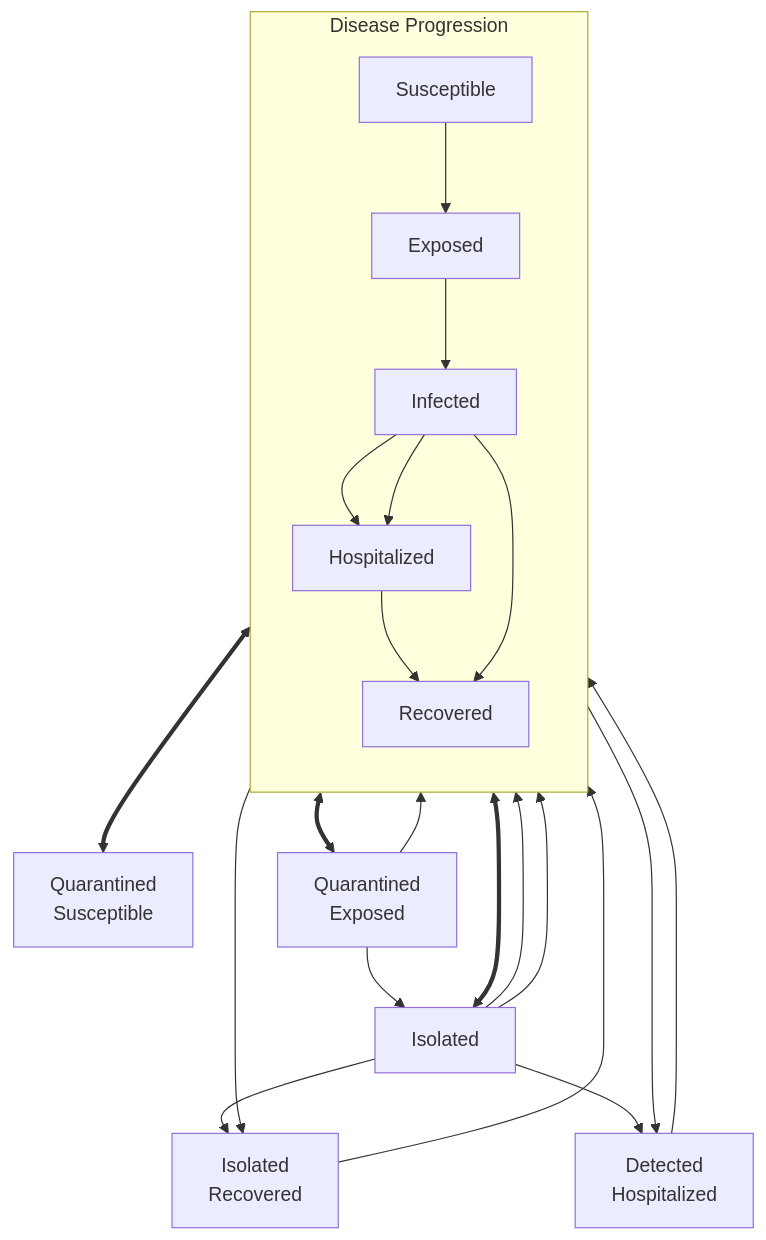
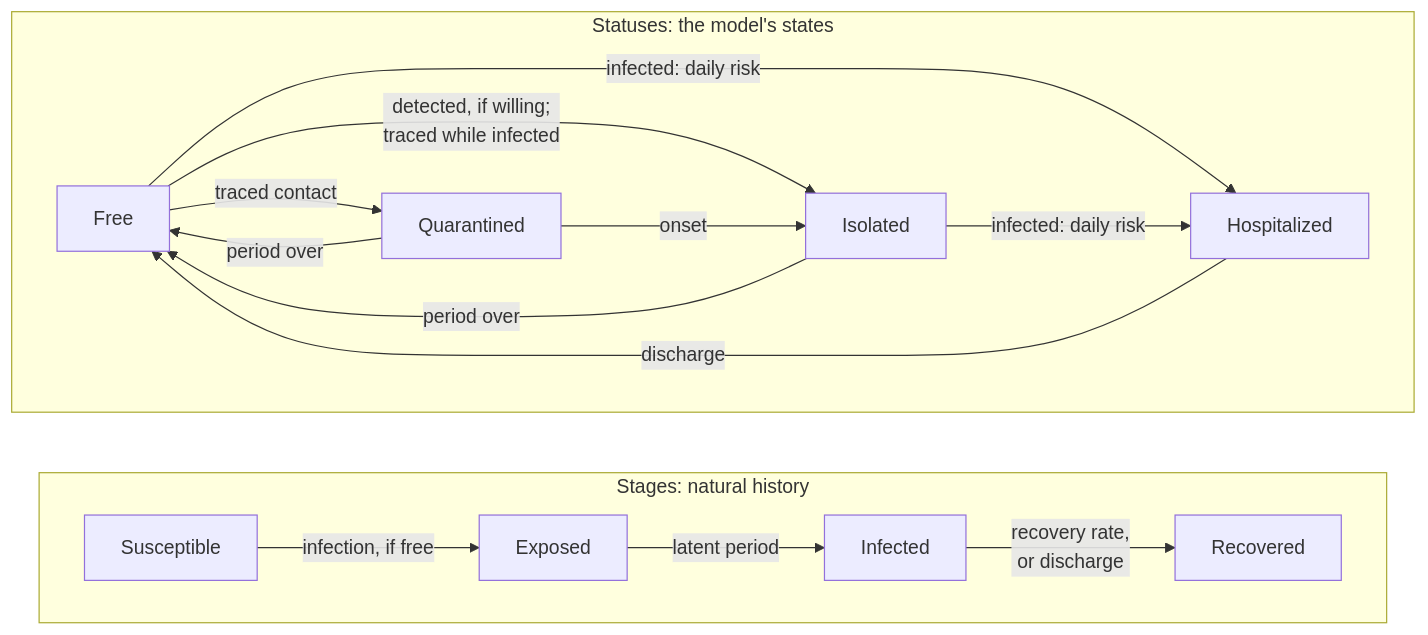
The diagram in include/epiworld/models/seirquarantine.mmd (UofUEpiBio/epiworld), drawn with Mermaid before and after one commit. The commit also changed other lines of this file and 15 other files, not shown here.

```diff
--- a/include/epiworld/models/seirquarantine.mmd
+++ b/include/epiworld/models/seirquarantine.mmd
@@ -1,51 +1,26 @@
-flowchart TB
+flowchart LR
 
-    %% Disease progression states
-    subgraph Main[Disease Progression]
-        direction TB
-        S[Susceptible]
-        E[Exposed]
-        In[Infected]
-        H[Hospitalized]
-        R[Recovered]
+    %% The natural history: what the disease does (every agent has a stage)
+    subgraph Stages[Stages: natural history]
+        direction LR
+        S[Susceptible] -->|infection, if free| E[Exposed]
+        E -->|latent period| I[Infected]
+        I -->|recovery rate,<br>or discharge| R[Recovered]
     end
 
-    S --> E
-    E --> In
-    In --> H
-    H --> R
-    In --> R
-
-    %% Quarantine states
-    Qs[Quarantined<br>Susceptible]
-    Qe[Quarantined<br>Exposed]
-    I[Isolated]
-    Ir[Isolated<br>Recovered]
-
-    %% Infected to
-    In <==> I
-    In --> Ir
-    In --> H
-
-    %% Detected agents go to hospital as detected
-    Dh[Detected<br>Hospitalized]
-    In --> Dh
-    Dh --> R
-
-    %% Isolated to
-    I --> R
-    I --> Ir
-    I --> H
-    I --> Dh
-
-    %% Susceptible quarantined
-    S <==> Qs
-
-    %% Exposed
-    E <==> Qe
-
-    Qe --> I
-    Qe --> In
-
-    %% Isolated recovered
-    Ir --> R
+    %% The statuses: where the agent is (who it meets)
+    subgraph Statuses[Statuses: the model's states]
+        direction LR
+        F[Free]
+        Q[Quarantined]
+        Is[Isolated]
+        H[Hospitalized]
+        F -->|traced contact| Q
+        Q -->|period over| F
+        F -->|detected, if willing;<br>traced while infected| Is
+        Q -->|onset| Is
+        Is -->|period over| F
+        F -->|infected: daily risk| H
+        Is -->|infected: daily risk| H
+        H -->|discharge| F
+    end
```
